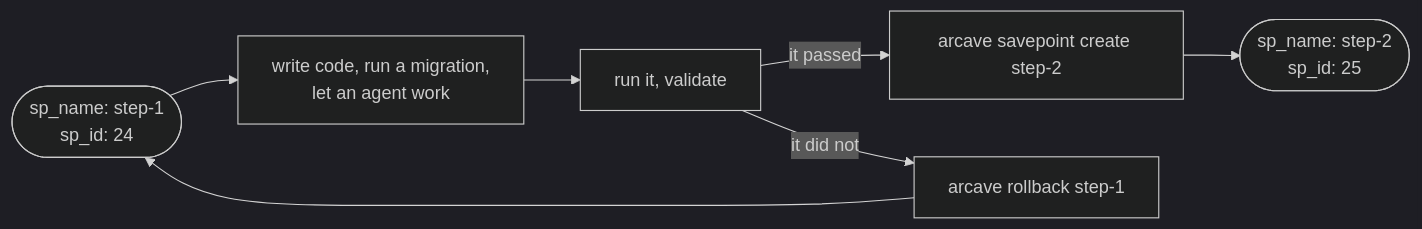
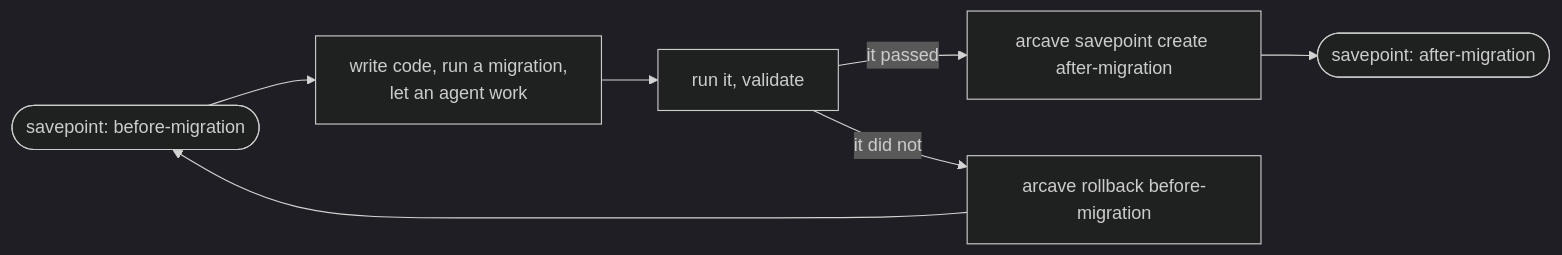
One commit to GreenmaskIO/arcave changed the diagram in docs/index.md. Above: the diagram before and after it, drawn with Mermaid (dark theme). The commit also changed other lines of this file and 8 other files, not shown here.

````diff
--- a/docs/index.md
+++ b/docs/index.md
@@ -113,9 +29,9 @@
 ```mermaid
 flowchart LR
-    P0(["sp_name: step-1<br/>sp_id: 24"]) --> W["write code, run a migration,<br/>let an agent work"]
+    P0(["savepoint: before-migration"]) --> W["write code, run a migration,<br/>let an agent work"]
     W --> V["run it, validate"]
-    V -- "it passed" --> C["arcave savepoint create step-2"]
-    C --> P1(["sp_name: step-2<br/>sp_id: 25"])
-    V -- "it did not" --> R["arcave rollback step-1"]
+    V -- "it passed" --> C["arcave savepoint create after-migration"]
+    C --> P1(["savepoint: after-migration"])
+    V -- "it did not" --> R["arcave rollback before-migration"]
     R --> P0
 ```
````
